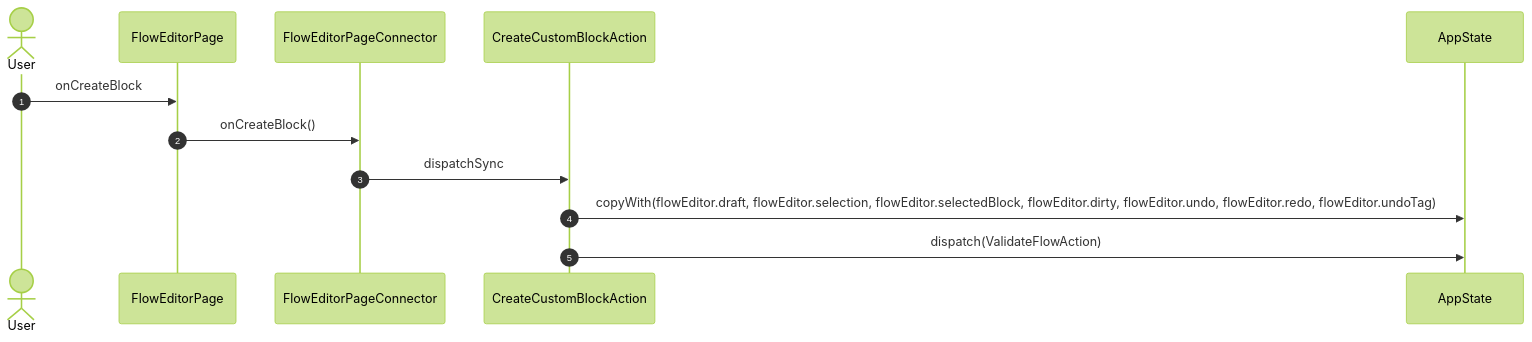
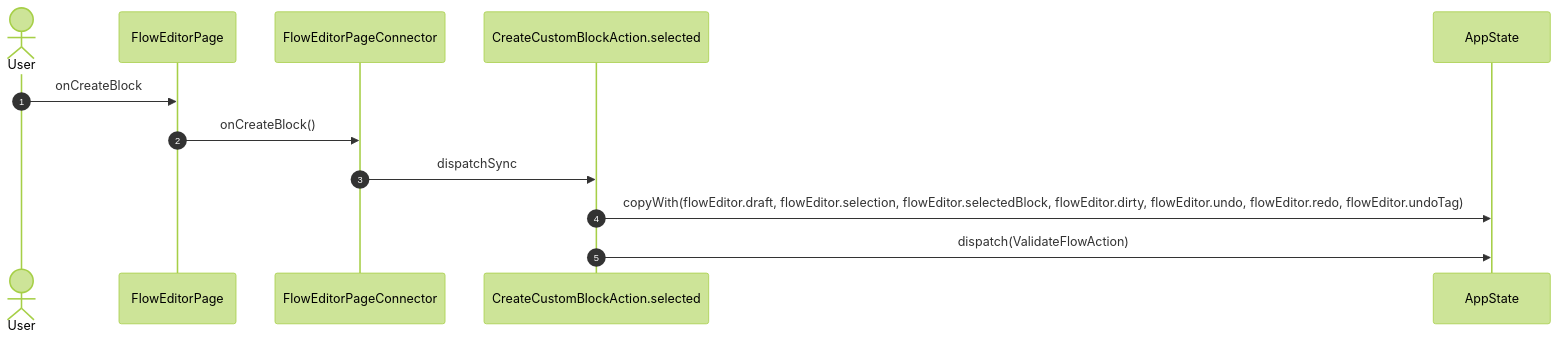
Before and after one commit to gencto/wyrm: the sixth of 42 diagrams in studio/docs/flows/flowEditor.md, drawn with Mermaid (forest theme). The commit also changed other lines of this file and 49 other files, not shown here.

````diff
--- a/studio/docs/flows/flowEditor.md
+++ b/studio/docs/flows/flowEditor.md
@@ -125,15 +115,15 @@
 ```mermaid
 sequenceDiagram
     autonumber
     actor User
     participant UI as FlowEditorPage
     participant VM as FlowEditorPageConnector
-    participant A1 as CreateCustomBlockAction
+    participant A1 as CreateCustomBlockAction.selected
     participant ST as AppState
 
     User->>UI: onCreateBlock
     UI->>VM: onCreateBlock()
     VM->>A1: dispatchSync
     A1->>ST: copyWith(flowEditor.draft, flowEditor.selection, flowEditor.selectedBlock, flowEditor.dirty, flowEditor.undo, flowEditor.redo, flowEditor.undoTag)
     A1->>ST: dispatch(ValidateFlowAction)
 ```
````
